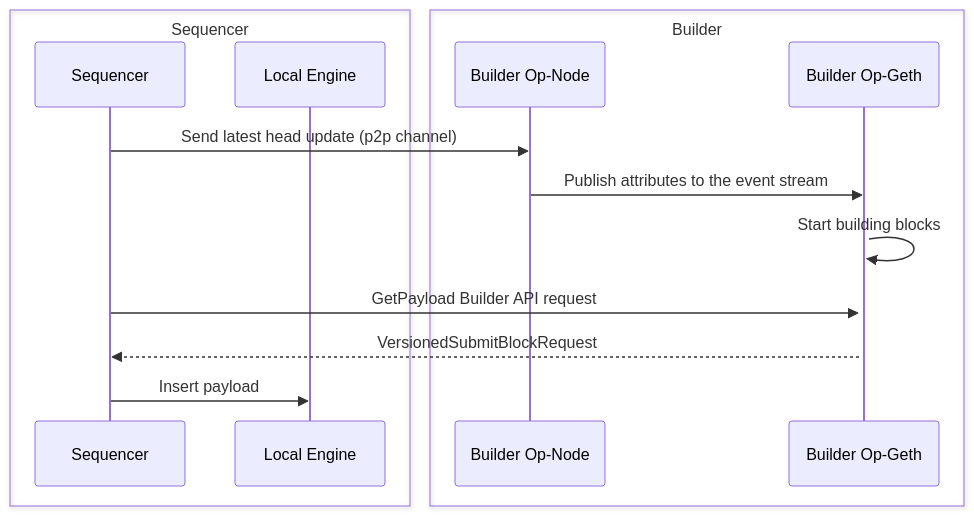
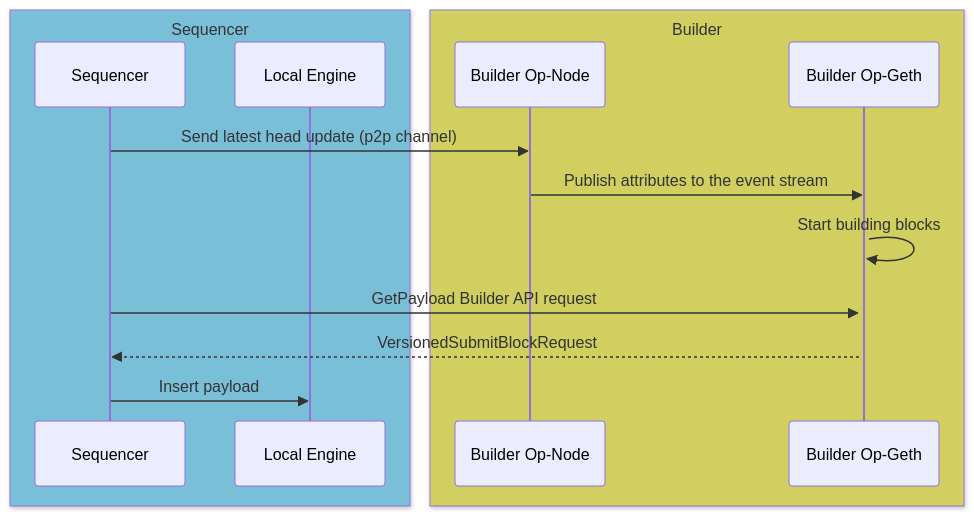
One commit to flashbots/op-geth changed the diagram in README.md. Above: the diagram before and after it, drawn with Mermaid.

Commit message:
color boxes

````diff
--- a/README.md
+++ b/README.md
@@ -35,19 +35,19 @@
 ```mermaid
 sequenceDiagram
-    box Sequencer
+    box rgba(103, 189, 220, 0.8) Sequencer
     participant SEQ as Sequencer
     participant ENGINE as Local Engine
     end
-    box Builder
+    box rgba(210, 209, 71, 0.8) Builder
     participant BOP as Builder Op-Node
     participant BUILDER as Builder Op-Geth
     end
 
     SEQ->>BOP: Send latest head update (p2p channel)
     BOP->>BUILDER: Publish attributes to the event stream
     activate BUILDER
     BUILDER->>BUILDER: Start building blocks
     SEQ->>BUILDER: GetPayload Builder API request
     BUILDER-->>SEQ: VersionedSubmitBlockRequest
     SEQ->>ENGINE: Insert payload
 ```
````
